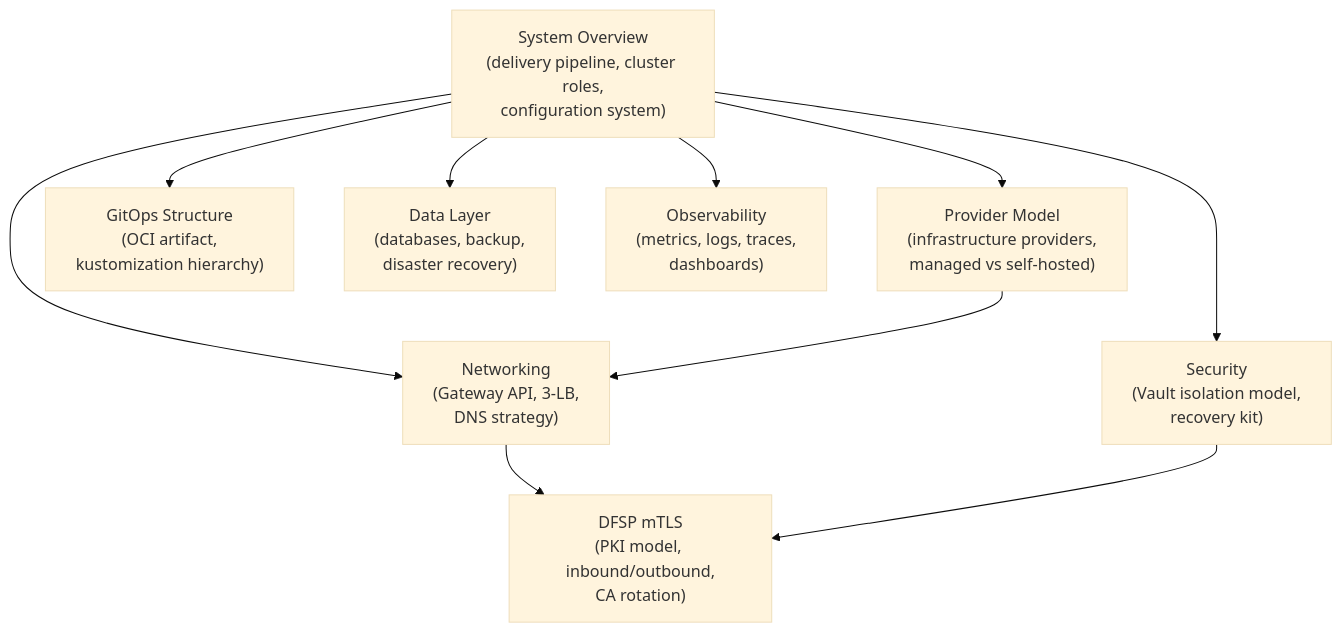
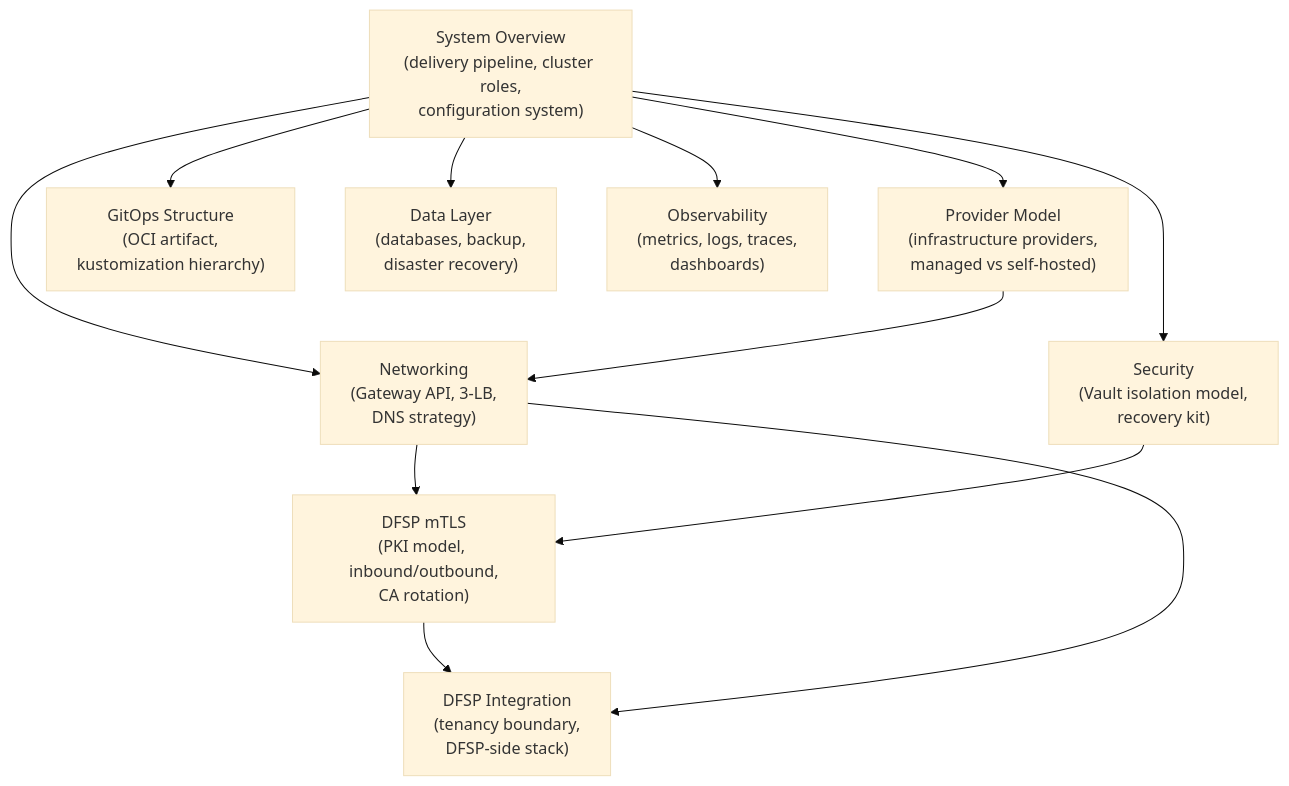
One commit to kiswend/ml-deployment-toolkit changed the diagram in docs/architecture/index.md. Above: the diagram before and after it, drawn with Mermaid (base theme). The commit also changed other lines of this file and 15 other files, not shown here.

````diff
--- a/docs/architecture/index.md
+++ b/docs/architecture/index.md
@@ -11,24 +11,27 @@
 ```mermaid
 flowchart TD
     overview["System Overview\n(delivery pipeline, cluster roles,\nconfiguration system)"]
 
     overview --> provider["Provider Model\n(infrastructure providers,\nmanaged vs self-hosted)"]
     overview --> gitops["GitOps Structure\n(OCI artifact,\nkustomization hierarchy)"]
     overview --> networking["Networking\n(Gateway API, 3-LB,\nDNS strategy)"]
     overview --> security["Security\n(Vault isolation model,\nrecovery kit)"]
     overview --> data["Data Layer\n(databases, backup,\ndisaster recovery)"]
     overview --> observability["Observability\n(metrics, logs, traces,\ndashboards)"]
 
     networking --> mtls["DFSP mTLS\n(PKI model, inbound/outbound,\nCA rotation)"]
     security --> mtls
     provider --> networking
+    mtls --> dfspint["DFSP Integration\n(tenancy boundary,\nDFSP-side stack)"]
+    networking --> dfspint
 
     click overview "system-overview.md"
     click provider "provider-model.md"
     click gitops "gitops-structure.md"
     click networking "networking.md"
     click mtls "dfsp-mtls.md"
+    click dfspint "dfsp-integration.md"
     click security "security.md"
     click observability "observability.md"
     click data "data-layer.md"
 ```
````
